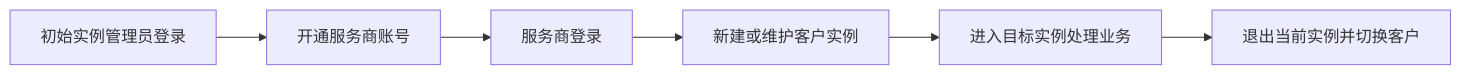
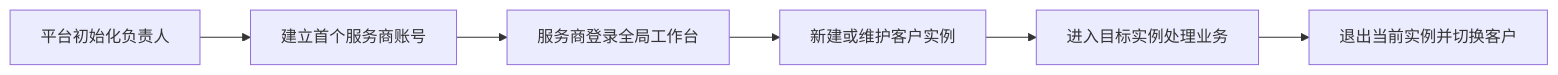
One commit to 6gogogo/vending changed the diagram in docs/公益智助柜用户使用手册.md. Above: the diagram before and after it, drawn with Mermaid. The commit also changed other lines of this file and 18 other files, not shown here.

````diff
--- a/docs/公益智助柜用户使用手册.md
+++ b/docs/公益智助柜用户使用手册.md
@@ -24,8 +24,8 @@
 ```mermaid
 flowchart LR
-  A[初始实例管理员登录] --> B[开通服务商账号]
-  B --> C[服务商登录]
+  A[平台初始化负责人] --> B[建立首个服务商账号]
+  B --> C[服务商登录全局工作台]
   C --> D[新建或维护客户实例]
   D --> E[进入目标实例处理业务]
   E --> F[退出当前实例并切换客户]
 ```
````
